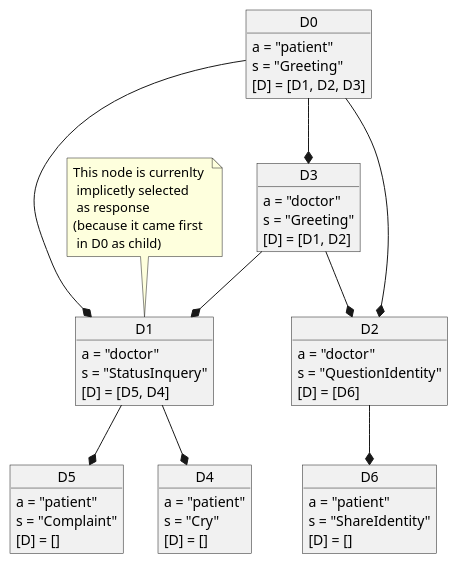
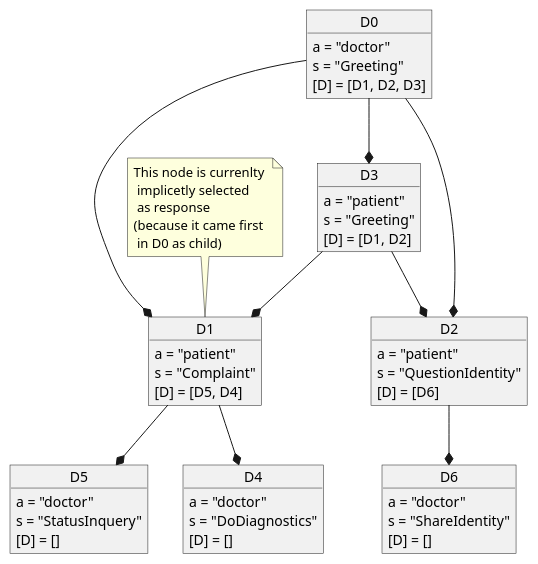
One commit to jappeace/methods-homework changed the seventh of 10 diagrams in thesis/thesis.org. Above: the diagram before and after it, drawn with PlantUML. The commit also changed other lines of this file, not shown here.

```diff
--- a/thesis/thesis.org
+++ b/thesis/thesis.org
@@ -1546,48 +1552,48 @@
 #+BEGIN_SRC plantuml :cache yes :file img/uml/dialoguetree.png :exports results
 object D0{
-a = "patient"
+a = "doctor"
 s = "Greeting"
 [D] = [D1, D2, D3]
 }
 object D1 {
-a = "doctor"
-s = "StatusInquery"
+a = "patient"
+s = "Complaint"
 [D] = [D5, D4]
 }
 object D2 {
-a = "doctor"
+a = "patient"
 s = "QuestionIdentity"
 [D] = [D6]
 }
 object D3{
-a = "doctor"
+a = "patient"
 s = "Greeting"
 [D] = [D1, D2]
 }
 object D5{
-a = "patient"
-s = "Complaint"
+a = "doctor"
+s = "StatusInquery"
 [D] = []
 }
 object D4{
-a = "patient"
-s = "Cry"
+a = "doctor"
+s = "DoDiagnostics"
 [D] = []
 }
 object D6{
-a = "patient"
+a = "doctor"
 s = "ShareIdentity"
 [D] = []
 }
 D0 --* D1
 D0 --* D2
 D0 --* D3
 D1 --* D4
 D1 --* D5
 D2 --* D6
 D3 --* D1
 D3 --* D2
 
 note "This node is currenlty \n implicetly selected \n as response \n(because it came first \n in D0 as child)" as response
 response .. D1
 #+END_SRC
```
